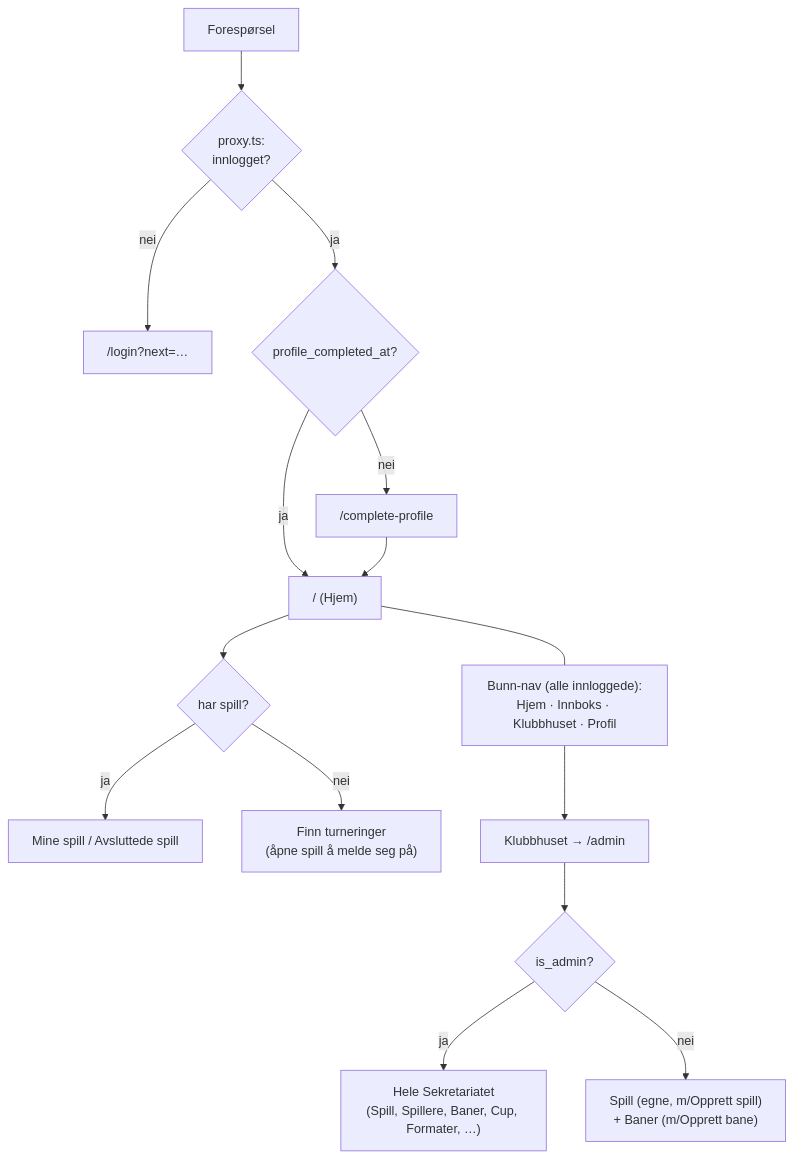
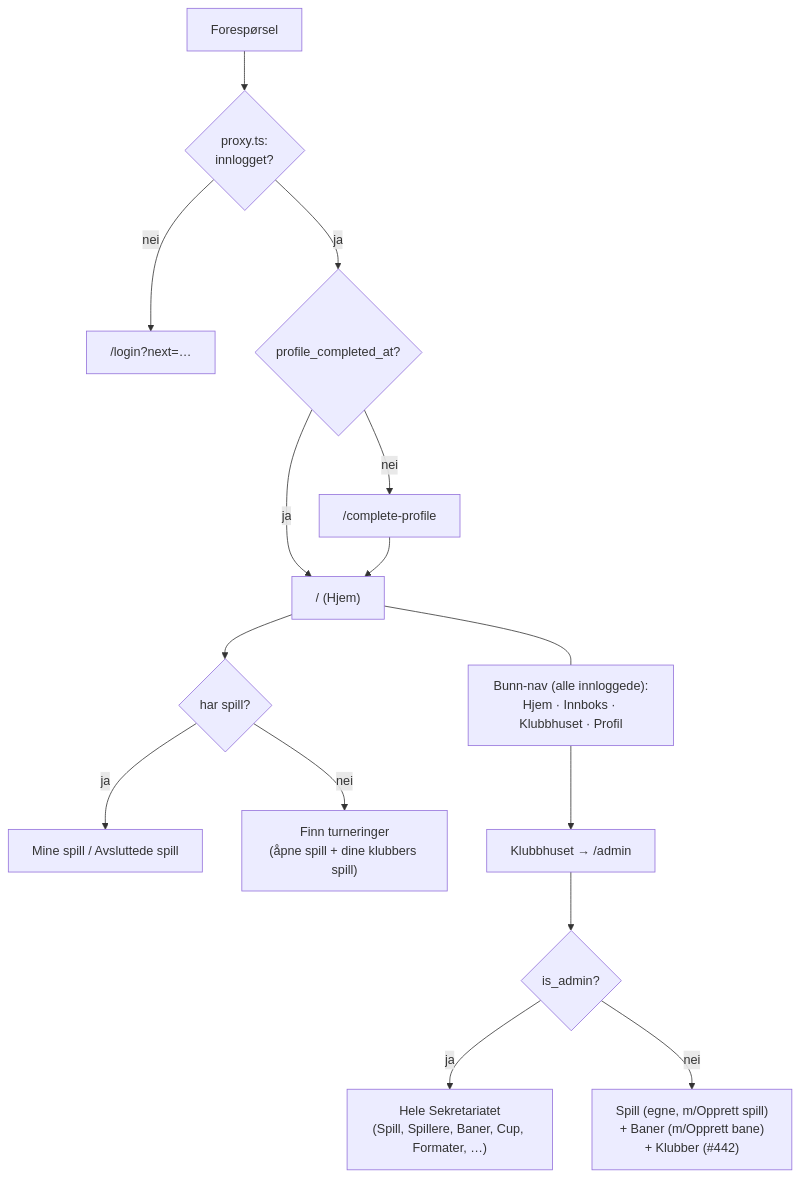
Before and after one commit to jdlarssen/golf-app: the first of 6 diagrams in docs/user-flows.md, drawn with Mermaid. The commit also changed other lines of this file and 1 other file, not shown here.

First line of the commit message:
docs(forge): #442 user-flows klubb-flyt + contract C1-C7 evidence

````diff
--- a/docs/user-flows.md
+++ b/docs/user-flows.md
@@ -22,18 +22,18 @@
 ```mermaid
 flowchart TD
   Req[Forespørsel] --> P{proxy.ts:<br/>innlogget?}
   P -- nei --> L["/login?next=…"]
   P -- ja --> Prof{profile_completed_at?}
   Prof -- nei --> CP["/complete-profile"]
   Prof -- ja --> Home["/ (Hjem)"]
   CP --> Home
   Home --> PH{har spill?}
   PH -- ja --> List["Mine spill / Avsluttede spill"]
-  PH -- nei --> Disc["Finn turneringer<br/>(åpne spill å melde seg på)"]
+  PH -- nei --> Disc["Finn turneringer<br/>(åpne spill + dine klubbers spill)"]
   Nav["Bunn-nav (alle innloggede):<br/>Hjem · Innboks · Klubbhuset · Profil"]
   Home --- Nav
   Nav --> Klub["Klubbhuset → /admin"]
   Klub --> KP{is_admin?}
   KP -- ja --> Sek["Hele Sekretariatet<br/>(Spill, Spillere, Baner, Cup, Formater, …)"]
-  KP -- nei --> PlayerKlub["Spill (egne, m/Opprett spill)<br/>+ Baner (m/Opprett bane)"]
+  KP -- nei --> PlayerKlub["Spill (egne, m/Opprett spill)<br/>+ Baner (m/Opprett bane)<br/>+ Klubber (#442)"]
 ```
````
